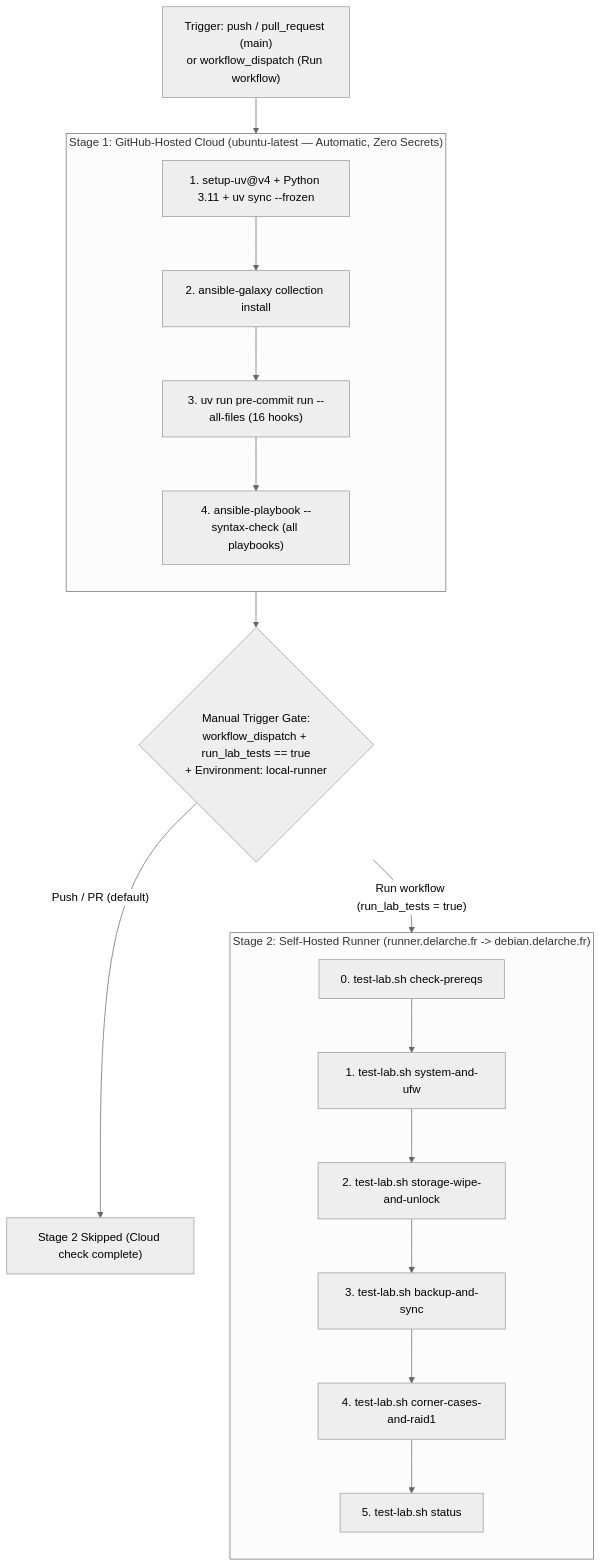
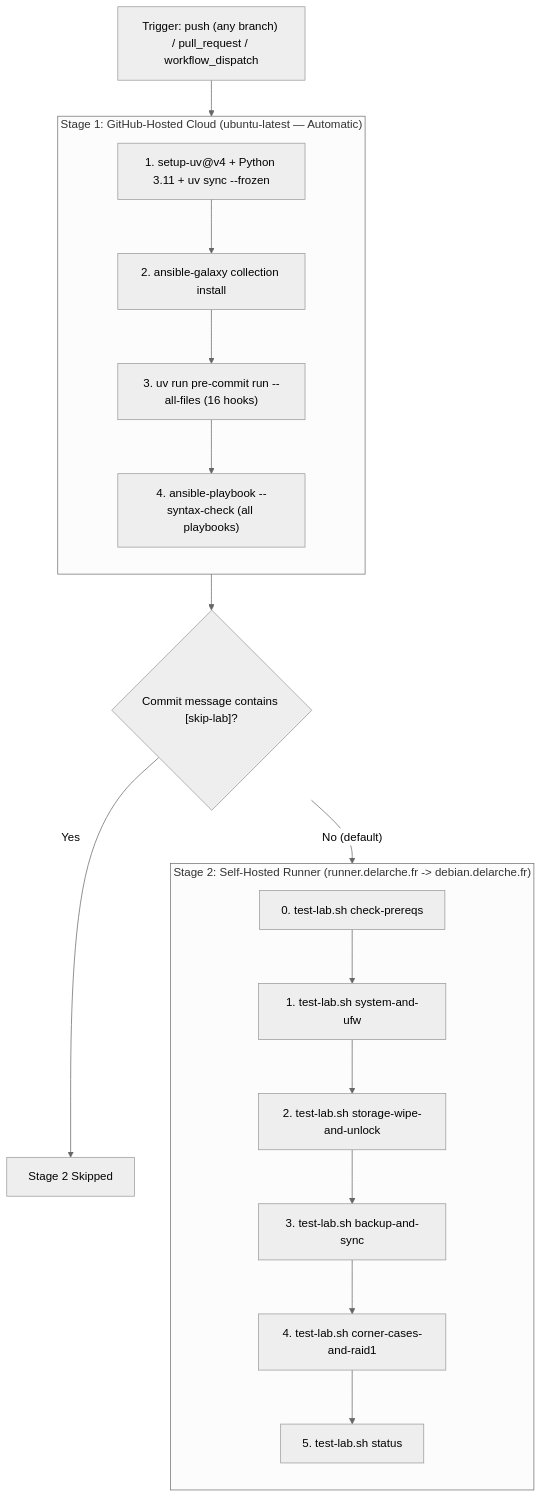
One commit to desnoe/domus changed the diagram in docs/github-ci-runner-setup.md. Above: the diagram before and after it, drawn with Mermaid (neutral theme). The commit also changed other lines of this file and 11 other files, not shown here.

Commit message:
fix: enable SSH host key checking, add become to backup.yml, deduplicate facts, and automate CI on all branches with [skip-lab] opt-out (#2)

````diff
--- a/docs/github-ci-runner-setup.md
+++ b/docs/github-ci-runner-setup.md
@@ -13,31 +11,31 @@
 ```mermaid
 flowchart TD
-    Trigger["Trigger: push / pull_request (main)\nor workflow_dispatch (Run workflow)"]
+    Trigger["Trigger: push (any branch) / pull_request / workflow_dispatch"]
 
-    subgraph Cloud ["Stage 1: GitHub-Hosted Cloud (ubuntu-latest — Automatic, Zero Secrets)"]
+    subgraph Cloud ["Stage 1: GitHub-Hosted Cloud (ubuntu-latest — Automatic)"]
         direction TB
         UV1["1. setup-uv@v4 + Python 3.11 + uv sync --frozen"]
         Gal1["2. ansible-galaxy collection install"]
         PC["3. uv run pre-commit run --all-files (16 hooks)"]
         Syn["4. ansible-playbook --syntax-check (all playbooks)"]
         UV1 --> Gal1 --> PC --> Syn
     end
 
-    Gate{"Manual Trigger Gate:\nworkflow_dispatch + run_lab_tests == true\n+ Environment: local-runner"}
+    Check{"Commit message contains [skip-lab]?"}
 
     subgraph Local ["Stage 2: Self-Hosted Runner (runner.delarche.fr -> debian.delarche.fr)"]
         direction TB
         T0["0. test-lab.sh check-prereqs"]
         T1["1. test-lab.sh system-and-ufw"]
         T2["2. test-lab.sh storage-wipe-and-unlock"]
         T3["3. test-lab.sh backup-and-sync"]
         T4["4. test-lab.sh corner-cases-and-raid1"]
         T5["5. test-lab.sh status"]
         T0 --> T1 --> T2 --> T3 --> T4 --> T5
     end
 
     Trigger --> UV1
-    Syn --> Gate
-    Gate -->|"Push / PR (default)"| Skip["Stage 2 Skipped (Cloud check complete)"]
-    Gate -->|"Run workflow (run_lab_tests = true)"| T0
+    Syn --> Check
+    Check -->|"Yes"| Skip["Stage 2 Skipped"]
+    Check -->|"No (default)"| T0
 ```
````
